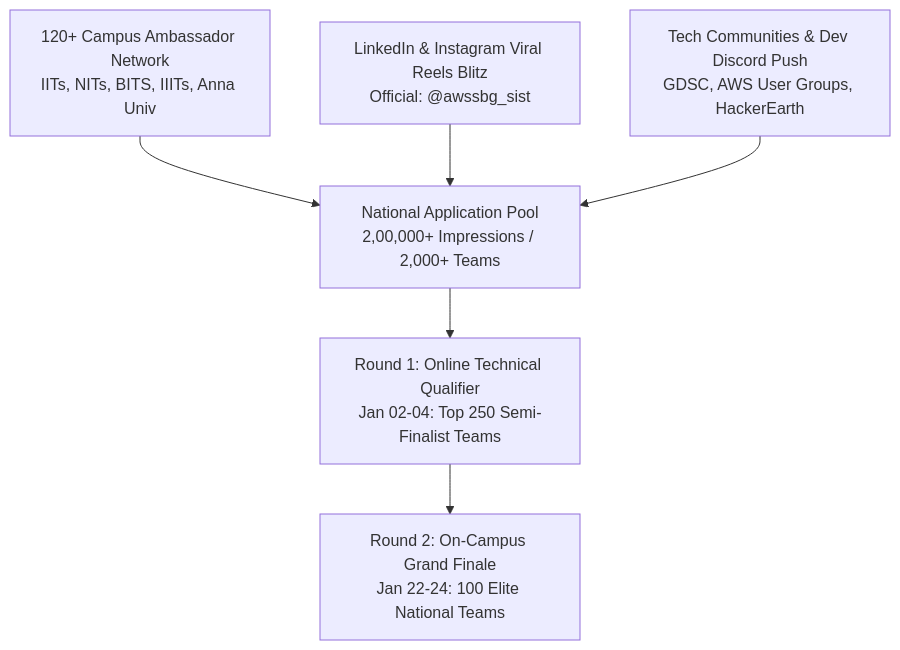
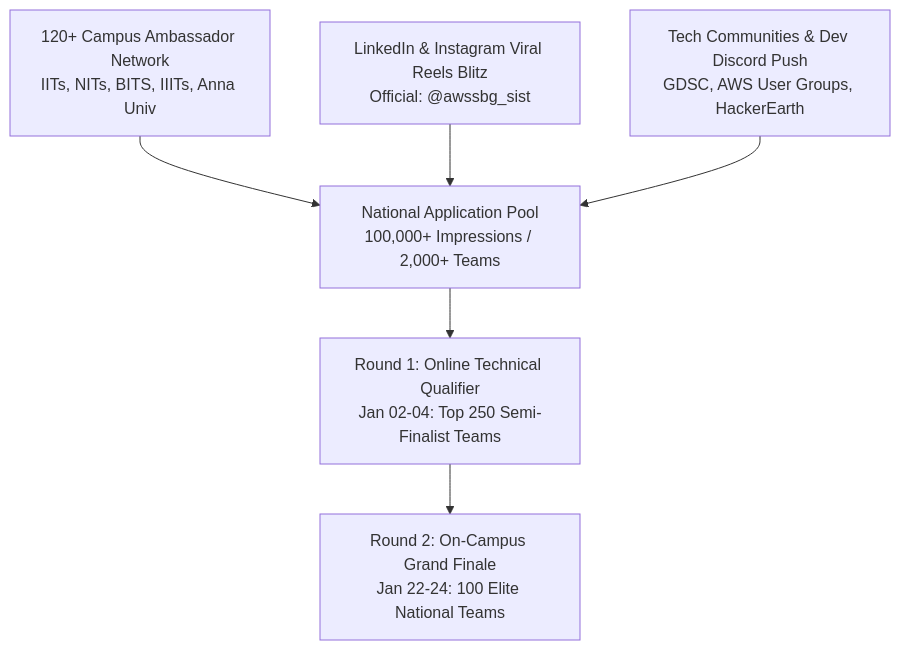
Before and after one commit to MasterZ1311/Kairos: the first of 2 diagrams in docs/05_marketing_media_and_promotion.md, drawn with Mermaid. The commit also changed other lines of this file and 100 other files, not shown here.

````diff
--- a/docs/05_marketing_media_and_promotion.md
+++ b/docs/05_marketing_media_and_promotion.md
@@ -20,9 +22,9 @@
 ```mermaid
 graph TD
-    A[120+ Campus Ambassador Network<br/>IITs, NITs, BITS, IIITs, Anna Univ] --> REG[National Application Pool<br/>2,00,000+ Impressions / 2,000+ Teams]
+    A[120+ Campus Ambassador Network<br/>IITs, NITs, BITS, IIITs, Anna Univ] --> REG[National Application Pool<br/>100,000+ Impressions / 2,000+ Teams]
     B[LinkedIn & Instagram Viral Reels Blitz<br/>Official: @awssbg_sist] --> REG
     C[Tech Communities & Dev Discord Push<br/>GDSC, AWS User Groups, HackerEarth] --> REG
     
     REG --> ONLINE[Round 1: Online Technical Qualifier<br/>Jan 02-04: Top 250 Semi-Finalist Teams]
     ONLINE --> TOP100[Round 2: On-Campus Grand Finale<br/>Jan 22-24: 100 Elite National Teams]
 ```
````
